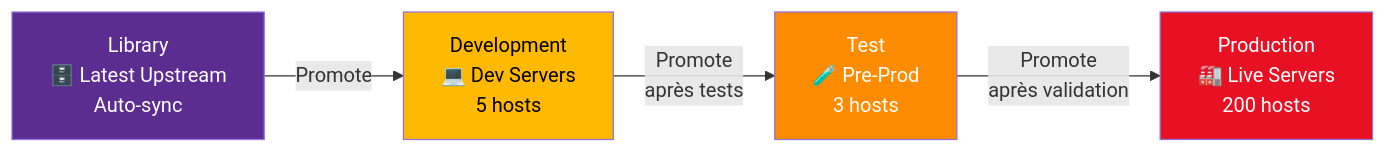
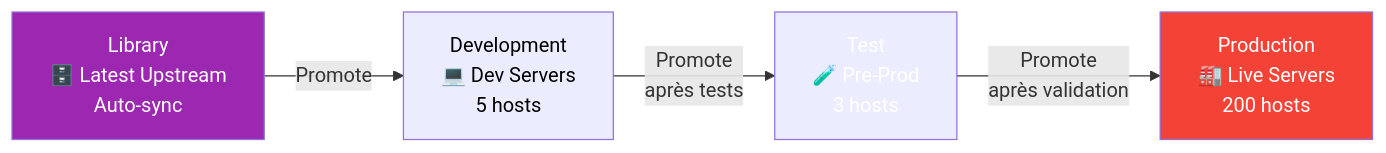
One commit to VBlackJack/ShellBook changed the second of 2 diagrams in docs/formations/katello/02-module.md. Above: the diagram before and after it, drawn with Mermaid. The commit also changed other lines of this file and 337 other files, not shown here.

First line of the commit message:
refactor(docs): Standardize code blocks and Mermaid colors

````diff
--- a/docs/formations/katello/02-module.md
+++ b/docs/formations/katello/02-module.md
@@ -108,16 +108,16 @@
 ```mermaid
 flowchart LR
     LIBRARY[Library<br/>🗄️ Latest Upstream<br/>Auto-sync]
     DEV[Development<br/>💻 Dev Servers<br/>5 hosts]
     TEST[Test<br/>🧪 Pre-Prod<br/>3 hosts]
     PROD[Production<br/>🏭 Live Servers<br/>200 hosts]
 
     LIBRARY -->|Promote| DEV
     DEV -->|Promote<br/>après tests| TEST
     TEST -->|Promote<br/>après validation| PROD
 
-    style LIBRARY fill:#5C2D91,color:#fff
-    style DEV fill:#FFB900,color:#000
-    style TEST fill:#FF8C00,color:#fff
-    style PROD fill:#E81123,color:#fff
+    style LIBRARY fill:#9C27B0,color:#fff
+    style DEV fill:#FF9800800800,color:#000
+    style TEST fill:#FF9800800800,color:#fff
+    style PROD fill:#f44336,color:#fff
 ```
````
